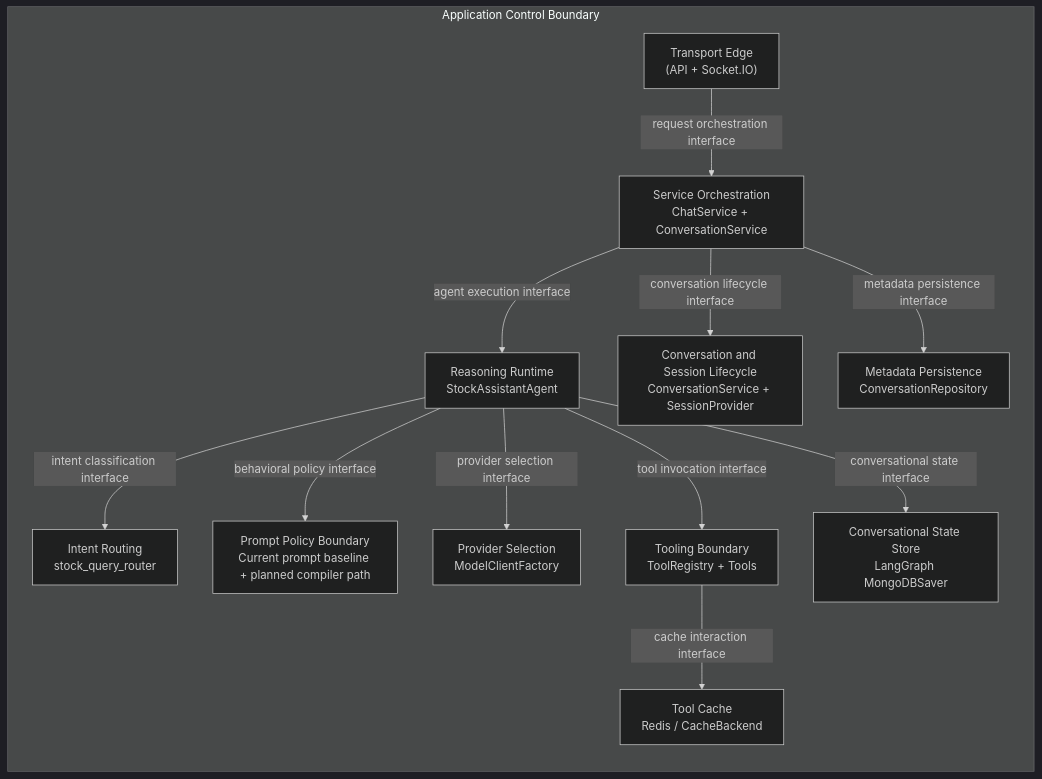
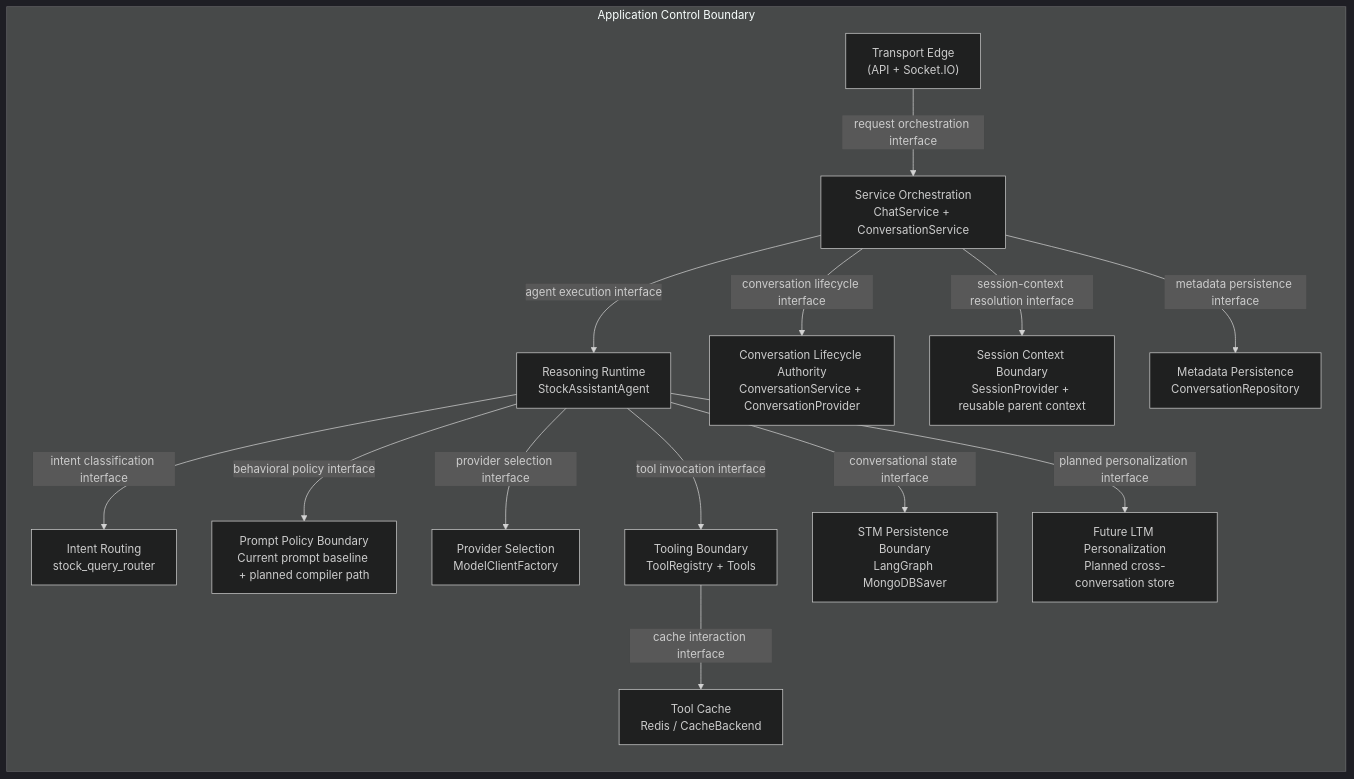
Before and after one commit to d-dragon/dp-stock-investment-assistant: the third of 12 diagrams in docs/domains/agent/ARCHITECTURE_DESIGN.md, drawn with Mermaid (dark theme). The commit also changed other lines of this file and 7 other files, not shown here.

````diff
--- a/docs/domains/agent/ARCHITECTURE_DESIGN.md
+++ b/docs/domains/agent/ARCHITECTURE_DESIGN.md
@@ -354,27 +376,31 @@
 ```mermaid
 flowchart LR
   subgraph App["Application Control Boundary"]
     Routes["Transport Edge\n(API + Socket.IO)"]
     Orch["Service Orchestration\nChatService + ConversationService"]
-    LifeSvc["Conversation and Session Lifecycle\nConversationService + SessionProvider"]
+    LifeSvc["Conversation Lifecycle Authority\nConversationService + ConversationProvider"]
+    SessionCtx["Session Context Boundary\nSessionProvider + reusable parent context"]
     Runtime["Reasoning Runtime\nStockAssistantAgent"]
     PromptComp["Prompt Policy Boundary\nCurrent prompt baseline + planned compiler path"]
     Router["Intent Routing\nstock_query_router"]
     ModelSel["Provider Selection\nModelClientFactory"]
     ToolReg["Tooling Boundary\nToolRegistry + Tools"]
     Repo["Metadata Persistence\nConversationRepository"]
-    CheckpointStore["Conversational State Store\nLangGraph MongoDBSaver"]
+    CheckpointStore["STM Persistence Boundary\nLangGraph MongoDBSaver"]
+    FutureLTM["Future LTM Personalization\nPlanned cross-conversation store"]
     CacheStore["Tool Cache\nRedis / CacheBackend"]
   end
 
   Routes -->|"request orchestration interface"| Orch
   Orch -->|"agent execution interface"| Runtime
   Orch -->|"conversation lifecycle interface"| LifeSvc
+  Orch -->|"session-context resolution interface"| SessionCtx
   Runtime -->|"intent classification interface"| Router
   Runtime -->|"behavioral policy interface"| PromptComp
   Runtime -->|"provider selection interface"| ModelSel
   Runtime -->|"tool invocation interface"| ToolReg
   Orch -->|"metadata persistence interface"| Repo
   Runtime -->|"conversational state interface"| CheckpointStore
+  Runtime -->|"planned personalization interface"| FutureLTM
   ToolReg -->|"cache interaction interface"| CacheStore
 ```
````
